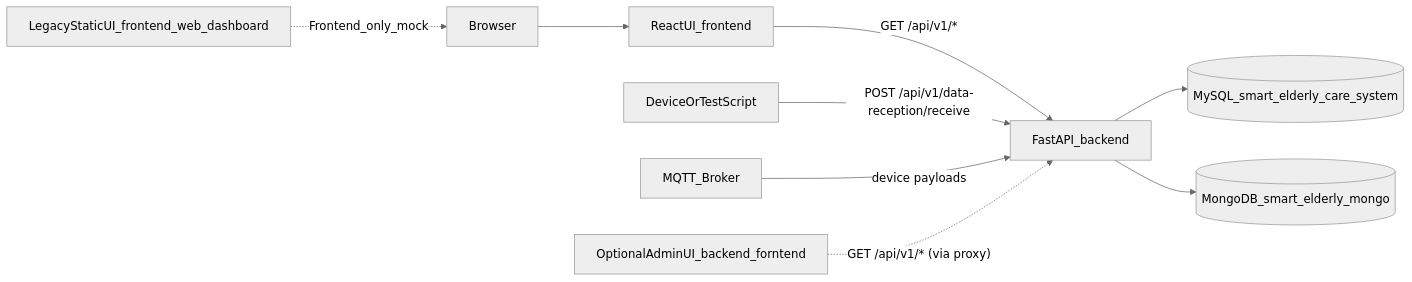
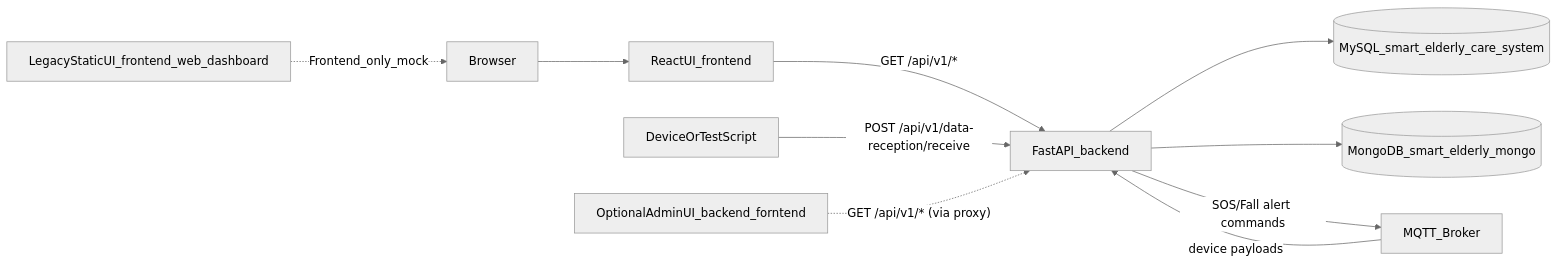
Before and after one commit to Triplenone/AIST-Final-Year-Project: the first of 3 diagrams in docs/ARCHITECTURE.md, drawn with Mermaid (neutral theme). The commit also changed other lines of this file and 49 other files, not shown here.

````diff
--- a/docs/ARCHITECTURE.md
+++ b/docs/ARCHITECTURE.md
@@ -9,12 +9,13 @@
 ```mermaid
 flowchart LR
   Browser[Browser] --> ReactUI[ReactUI_frontend]
   ReactUI -->|"GET /api/v1/*"| FastAPI[FastAPI_backend]
   DeviceOrScript[DeviceOrTestScript] -->|"POST /api/v1/data-reception/receive"| FastAPI
   FastAPI --> MySQL[(MySQL_smart_elderly_care_system)]
   FastAPI --> MongoDB[(MongoDB_smart_elderly_mongo)]
   MQTT[MQTT_Broker] -->|"device payloads"| FastAPI
+  FastAPI -->|"SOS/Fall alert commands"| MQTT
 
   AdminUI[OptionalAdminUI_backend_forntend] -.->|"GET /api/v1/* (via proxy)"| FastAPI
   LegacyUI[LegacyStaticUI_frontend_web_dashboard] -.->|"Frontend_only_mock"| Browser
 ```
````
